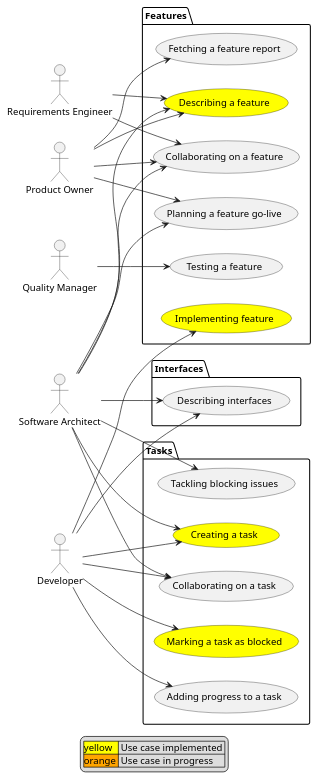
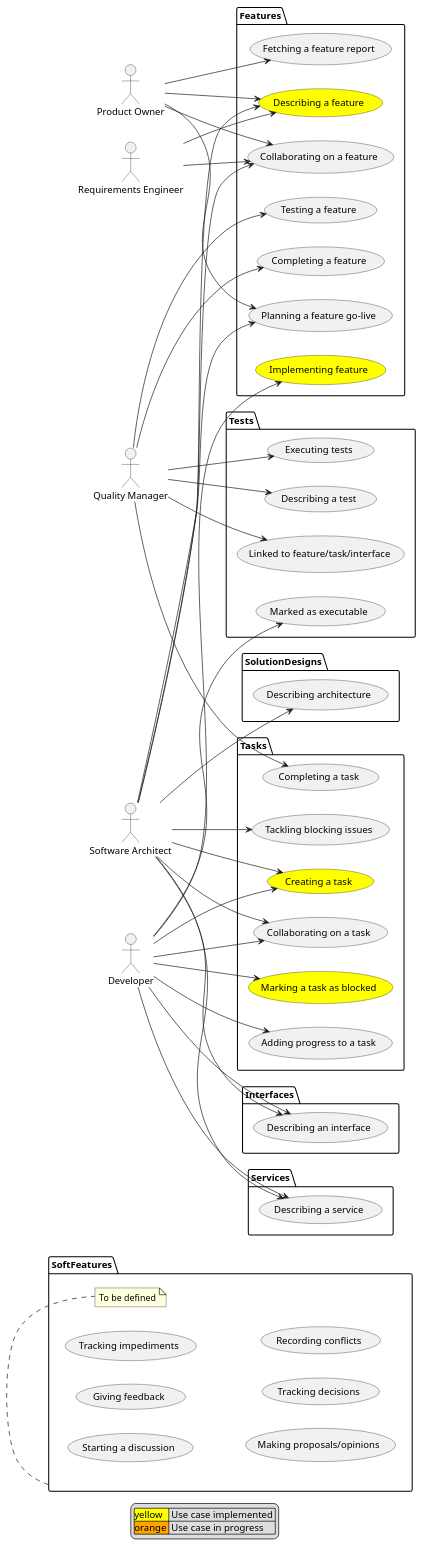
Before and after one commit to huberchrigu/give-me-features: the diagram in docs/use-cases.plantuml, drawn with PlantUML. The commit also changed 1 other file, not shown here.

```diff
--- a/docs/use-cases.plantuml
+++ b/docs/use-cases.plantuml
@@ -1,66 +1,107 @@
 @startuml
 left to right direction
 
 :Developer:
 :Product Owner: as PO
 :Requirements Engineer: as RE
 :Software Architect: as Architect
 :Quality Manager: as QM
 
 package Features {
 (Describing a feature) as NewFeature #yellow
 (Implementing feature) as FeatureImplementation #yellow
 (Fetching a feature report) as Report
 (Planning a feature go-live) as GoLive
 (Collaborating on a feature) as CollabFeature
 (Testing a feature) as Testing
+(Completing a feature) as CompleteFeature
 }
 
 package Tasks {
 (Creating a task) as NewTask #yellow
 (Adding progress to a task) as Progress
 (Marking a task as blocked) as Blocked #yellow
 (Tackling blocking issues) as Tackling
 (Collaborating on a task) as CollabTask
+(Completing a task) as CompleteTask
 }
+
 package Interfaces {
-(Describing interfaces) as NewInterface
+(Describing an interface) as NewInterface
+}
+
+package Services {
+(Describing a service) as NewService
+}
+
+package SolutionDesigns {
+(Describing architecture) as NewSolutionDesign
+}
+
+package Tests {
+(Describing a test) as NewTest
+(Linked to feature/task/interface) as LinkTest
+(Marked as executable) as ExecutableTest
+(Executing tests) as TestExecuted
+}
+
+package SoftFeatures {
+(Starting a discussion) as Discussion
+(Giving feedback) as Feedback
+(Tracking impediments) as Impediment
+(Making proposals/opinions) as Opinion
+(Tracking decisions) as Decision
+(Recording conflicts) as Conflict
+note bottom of SoftFeatures : To be defined
 }
 
 RE --> NewFeature
 Architect --> NewFeature
 PO --> NewFeature
 
 Developer --> FeatureImplementation
 Developer --> NewTask
 Architect --> NewTask
 
 Developer --> Progress
 
 Developer --> Blocked
 
 PO --> Report
 
 Architect --> Tackling
 
 Architect --> GoLive
 PO --> GoLive
 
 Architect --> NewInterface
 Developer --> NewInterface
 
+Architect --> NewService
+Developer --> NewService
+
+Architect --> NewSolutionDesign
+
 RE --> CollabFeature
 Architect --> CollabFeature
 PO --> CollabFeature
 
 Architect --> CollabTask
 Developer --> CollabTask
 
 QM --> Testing
 
+QM --> NewTest
+QM --> LinkTest
+Developer --> ExecutableTest
+QM --> TestExecuted
+
+QM --> CompleteTask
+QM --> CompleteFeature
+
 legend
   | <#yellow>yellow  | Use case implemented |
   | <#orange>orange | Use case in progress |
 end legend
 
 @enduml
```
